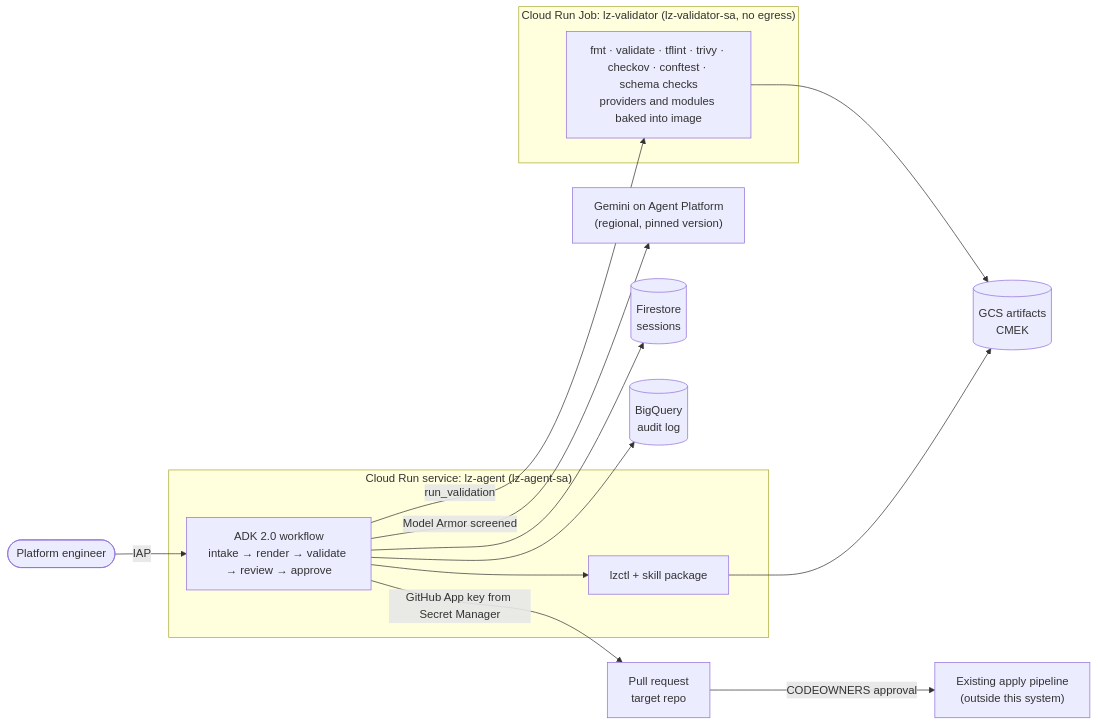
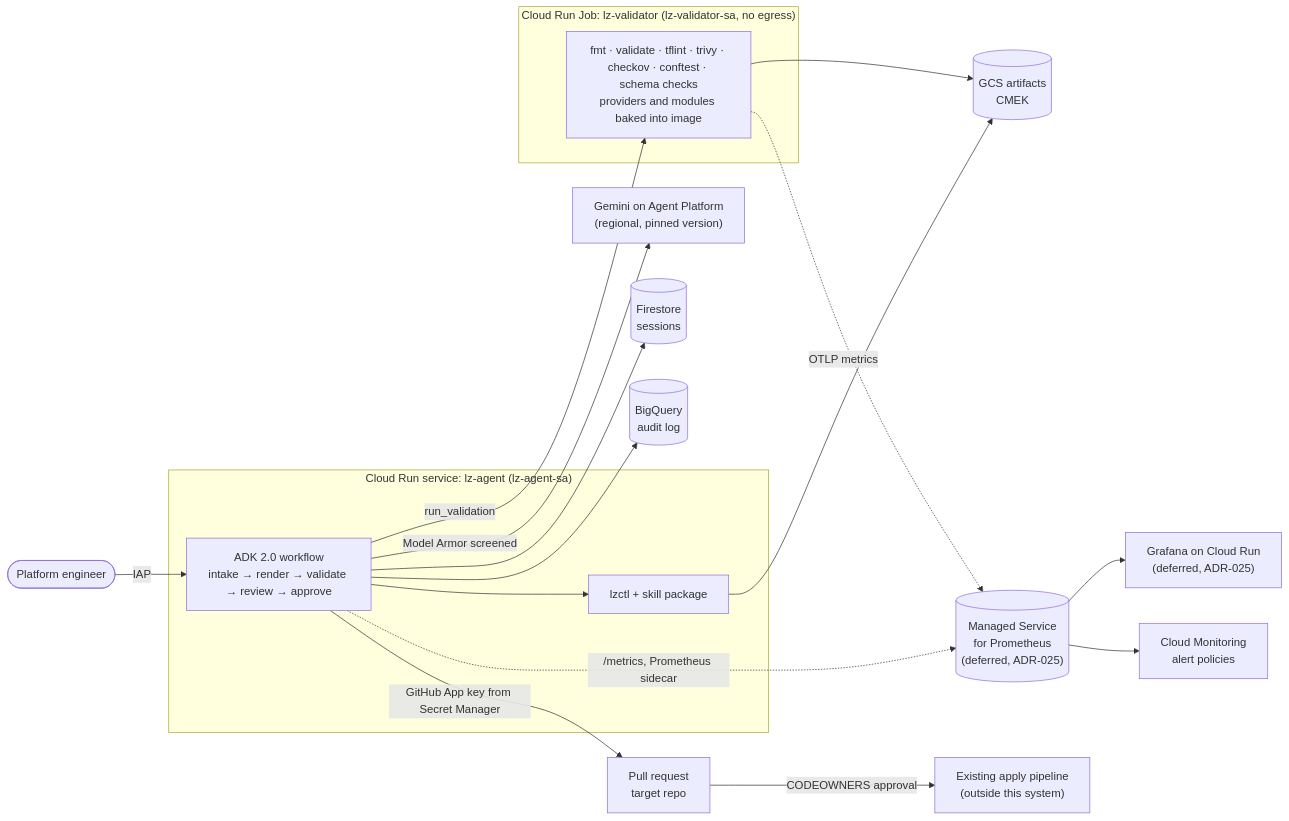
Before and after one commit to loriamichaelj/terraform-landing-zone-template-skill: the diagram in docs/DESIGN.md, drawn with Mermaid. The commit also changed other lines of this file and 3 other files, not shown here.

````diff
--- a/docs/DESIGN.md
+++ b/docs/DESIGN.md
@@ -86,24 +88,28 @@
 ```mermaid
 flowchart LR
   user([Platform engineer]) -->|IAP| agent
 
   subgraph run["Cloud Run service: lz-agent (lz-agent-sa)"]
     agent["ADK 2.0 workflow<br/>intake → render → validate → review → approve"]
     lzctl["lzctl + skill package"]
     agent --> lzctl
   end
 
   agent -->|Model Armor screened| gemini["Gemini on Agent Platform<br/>(regional, pinned version)"]
   agent --> fs[("Firestore<br/>sessions")]
   lzctl --> gcs[("GCS artifacts<br/>CMEK")]
   agent -->|run_validation| job
 
   subgraph iso["Cloud Run Job: lz-validator (lz-validator-sa, no egress)"]
     job["fmt · validate · tflint · trivy · checkov · conftest · schema checks<br/>providers and modules baked into image"]
   end
 
   job --> gcs
   agent --> bq[("BigQuery<br/>audit log")]
+  agent -.->|/metrics, Prometheus sidecar| gmp[("Managed Service<br/>for Prometheus<br/>(deferred, ADR-025)")]
+  job -.->|OTLP metrics| gmp
+  gmp --> graf["Grafana on Cloud Run<br/>(deferred, ADR-025)"]
+  gmp --> alerts["Cloud Monitoring<br/>alert policies"]
   agent -->|GitHub App key from Secret Manager| pr["Pull request<br/>target repo"]
   pr -->|CODEOWNERS approval| pipeline["Existing apply pipeline<br/>(outside this system)"]
 ```
````
